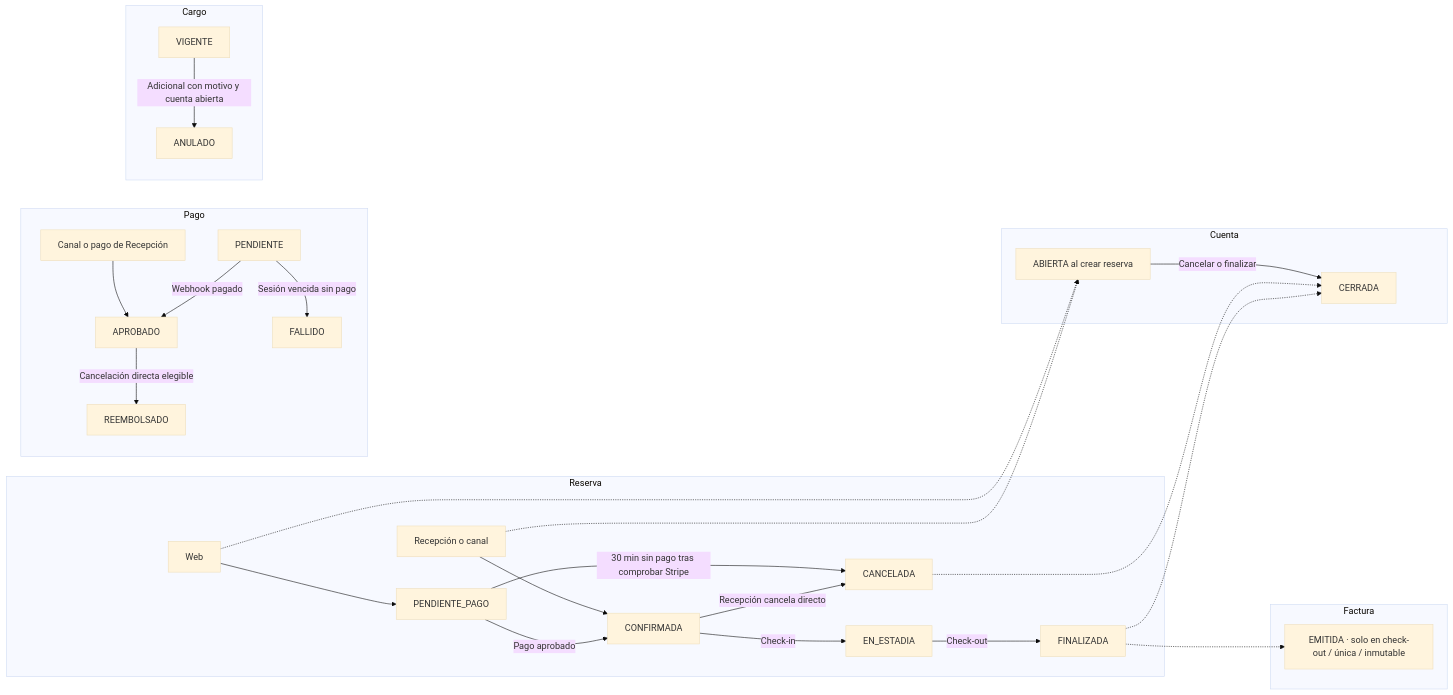
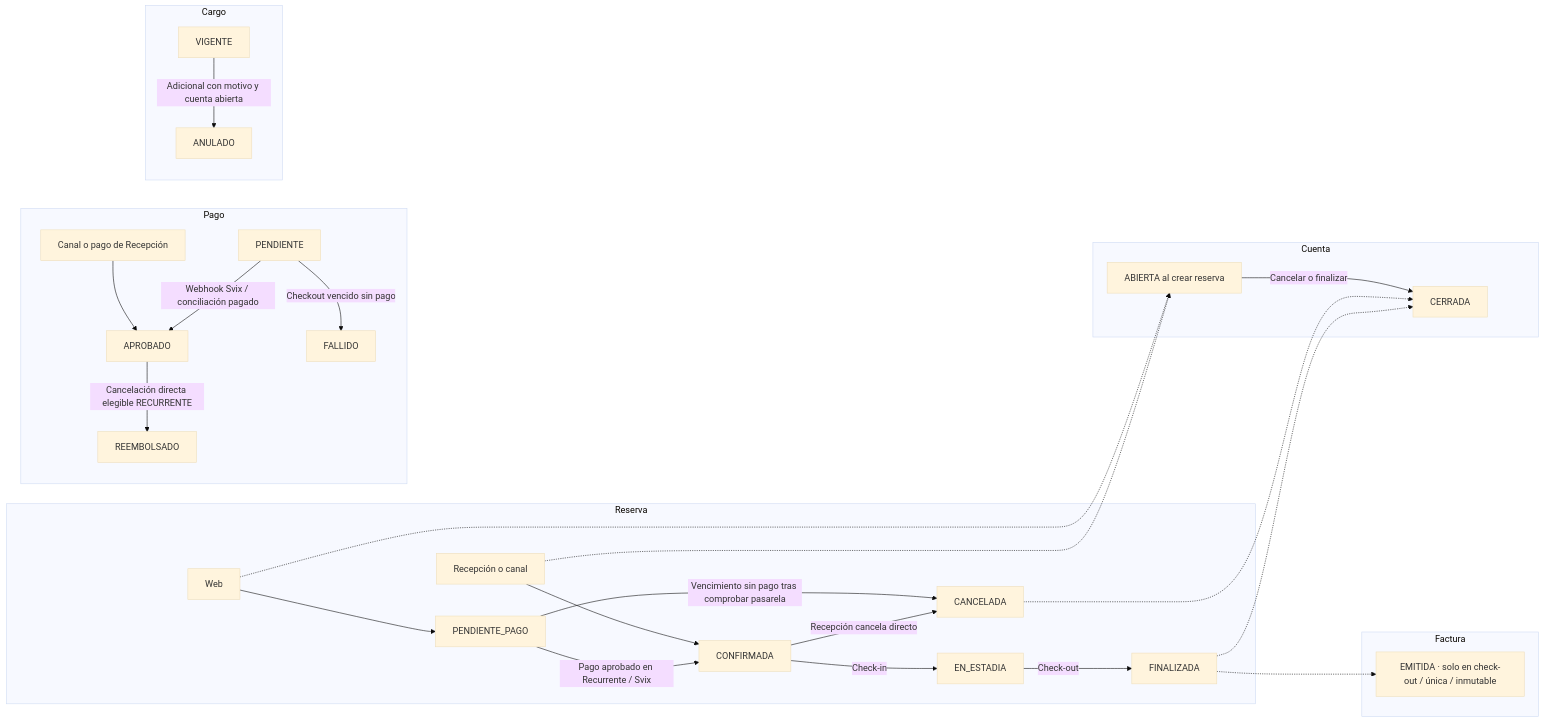
Before and after one commit to villaserenaguatee/villa-serena-docs: the diagram in 03-arquitectura/diagramas-sistema/21-estados-reserva-cuenta-pago-cargo-y-factura.md, drawn with Mermaid (base theme). The commit also changed other lines of this file and 7 other files, not shown here.

````diff
--- a/03-arquitectura/diagramas-sistema/21-estados-reserva-cuenta-pago-cargo-y-factura.md
+++ b/03-arquitectura/diagramas-sistema/21-estados-reserva-cuenta-pago-cargo-y-factura.md
@@ -7,30 +9,30 @@
 ```mermaid
 flowchart LR
   subgraph RES[Reserva]
     WEB[Web] --> PP[PENDIENTE_PAGO]
     RC[Recepción o canal] --> CO[CONFIRMADA]
-    PP -->|Pago aprobado| CO
-    PP -->|30 min sin pago tras comprobar Stripe| CA[CANCELADA]
+    PP -->|Pago aprobado en Recurrente / Svix| CO
+    PP -->|Vencimiento sin pago tras comprobar pasarela| CA[CANCELADA]
     CO -->|Recepción cancela directo| CA
     CO -->|Check-in| ES[EN_ESTADIA]
     ES -->|Check-out| FI[FINALIZADA]
   end
   subgraph CU[Cuenta]
     AB[ABIERTA al crear reserva] -->|Cancelar o finalizar| CE[CERRADA]
   end
   subgraph PA[Pago]
-    PE[PENDIENTE] -->|Webhook pagado| AP[APROBADO]
-    PE -->|Sesión vencida sin pago| FA[FALLIDO]
-    AP -->|Cancelación directa elegible| RE[REEMBOLSADO]
+    PE[PENDIENTE] -->|Webhook Svix / conciliación pagado| AP[APROBADO]
+    PE -->|Checkout vencido sin pago| FA[FALLIDO]
+    AP -->|Cancelación directa elegible RECURRENTE| RE[REEMBOLSADO]
     PC[Canal o pago de Recepción] --> AP
   end
   subgraph CG[Cargo]
     VI[VIGENTE] -->|Adicional con motivo y cuenta abierta| AN[ANULADO]
   end
   subgraph FC[Factura]
     EM[EMITIDA · solo en check-out / única / inmutable]
   end
   WEB & RC -.-> AB
   FI -.-> EM
   CA & FI -.-> CE
 ```
````
